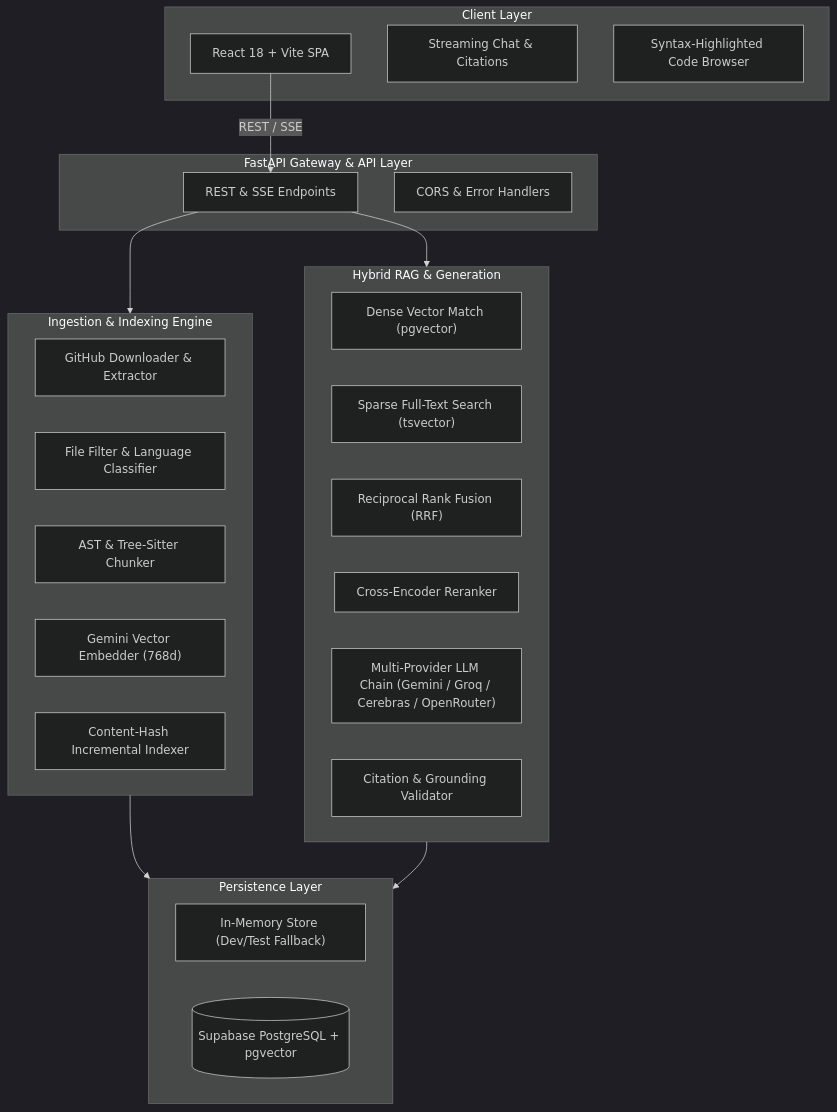
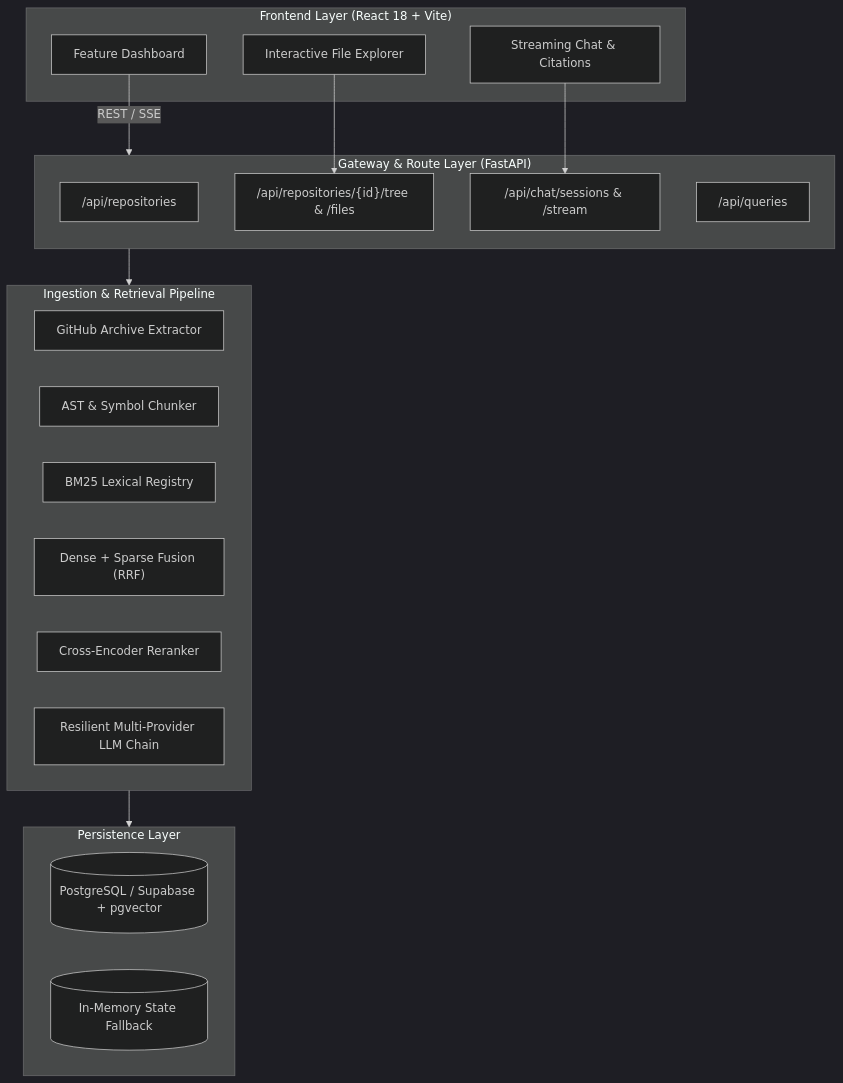
Before and after one commit to mohith789p/codeAtlas: the diagram in README.md, drawn with Mermaid (dark theme). The commit also changed other lines of this file and 156 other files, not shown here.

Commit message:
refactor : modularize backend, frontend and documentation architecture

````diff
--- a/README.md
+++ b/README.md
@@ -19,41 +39,35 @@
 ```mermaid
 flowchart TD
-    subgraph Client ["Client Layer"]
-        UI["React 18 + Vite SPA"]
-        Chat["Streaming Chat & Citations"]
-        Files["Syntax-Highlighted Code Browser"]
+    subgraph Client ["Frontend Layer (React 18 + Vite)"]
+        UI["Feature Dashboard"]
+        ChatUI["Streaming Chat & Citations"]
+        FileUI["Interactive File Explorer"]
     end
 
-    subgraph Gateway ["FastAPI Gateway & API Layer"]
-        API["REST & SSE Endpoints"]
-        Middleware["CORS & Error Handlers"]
+    subgraph API ["Gateway & Route Layer (FastAPI)"]
+        RepoRoute["/api/repositories"]
+        FileRoute["/api/repositories/{id}/tree & /files"]
+        ChatRoute["/api/chat/sessions & /stream"]
+        QueryRoute["/api/queries"]
     end
 
-    subgraph Ingestion ["Ingestion & Indexing Engine"]
-        GH["GitHub Downloader & Extractor"]
-        Filter["File Filter & Language Classifier"]
-        Chunker["AST & Tree-Sitter Chunker"]
-        Embedder["Gemini Vector Embedder (768d)"]
-        Indexer["Content-Hash Incremental Indexer"]
-    end
-
-    subgraph Intelligence ["Hybrid RAG & Generation"]
-        Dense["Dense Vector Match (pgvector)"]
-        Sparse["Sparse Full-Text Search (tsvector)"]
-        RRF["Reciprocal Rank Fusion (RRF)"]
-        Rerank["Cross-Encoder Reranker"]
-        Chain["Multi-Provider LLM Chain (Gemini / Groq / Cerebras / OpenRouter)"]
-        Validator["Citation & Grounding Validator"]
+    subgraph Pipeline ["Ingestion & Retrieval Pipeline"]
+        GHClient["GitHub Archive Extractor"]
+        ASTChunker["AST & Symbol Chunker"]
+        BM25["BM25 Lexical Registry"]
+        Hybrid["Dense + Sparse Fusion (RRF)"]
+        Reranker["Cross-Encoder Reranker"]
+        LLM["Resilient Multi-Provider LLM Chain"]
     end
 
     subgraph Storage ["Persistence Layer"]
-        Memory["In-Memory Store (Dev/Test Fallback)"]
-        Supabase[("Supabase PostgreSQL + pgvector")]
+        DB[("PostgreSQL / Supabase + pgvector")]
+        MemFallback[("In-Memory State Fallback")]
     end
 
     UI -->|REST / SSE| API
-    API --> Ingestion
-    API --> Intelligence
-    Ingestion --> Storage
-    Intelligence --> Storage
+    ChatUI --> ChatRoute
+    FileUI --> FileRoute
+    API --> Pipeline
+    Pipeline --> Storage
 ```
````
